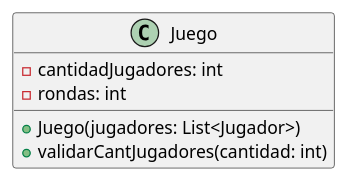
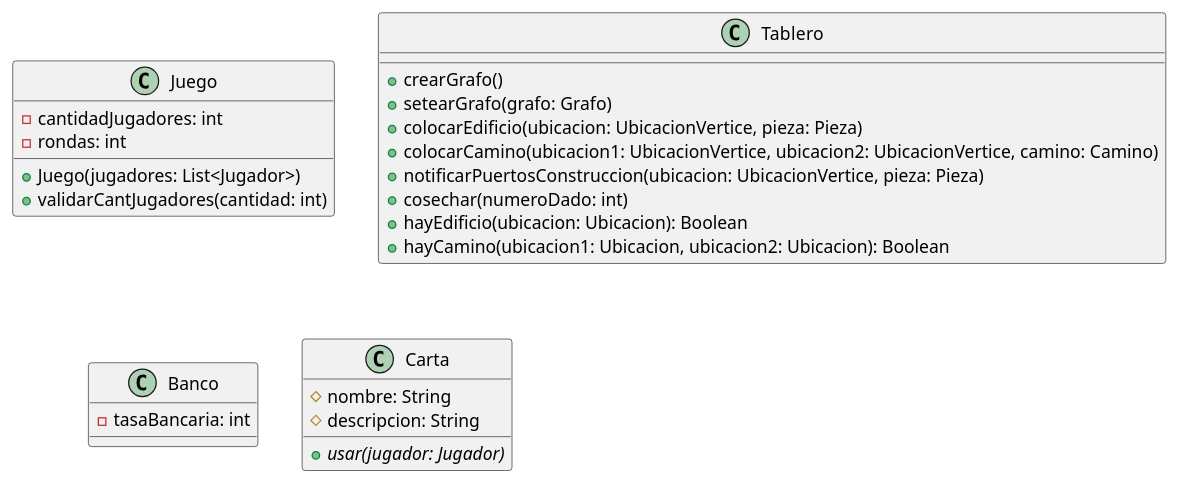
Before and after one commit to Daiana-Aldrey/g02-tp2-2c-2025: the diagram in diagramas/DiagramaDeClasesJuego.puml, drawn with PlantUML.

```diff
--- a/diagramas/DiagramaDeClasesJuego.puml
+++ b/diagramas/DiagramaDeClasesJuego.puml
@@ -1,9 +1,31 @@
 @startuml
 class Juego {
     -cantidadJugadores: int
     -rondas: int
     +Juego(jugadores: List<Jugador>)
     +validarCantJugadores(cantidad: int)
 }
 
+class Tablero {
+  +crearGrafo()
+  +setearGrafo(grafo: Grafo)
+  +colocarEdificio(ubicacion: UbicacionVertice, pieza: Pieza)
+  +colocarCamino(ubicacion1: UbicacionVertice, ubicacion2: UbicacionVertice, camino: Camino)
+  +notificarPuertosConstruccion(ubicacion: UbicacionVertice, pieza: Pieza)
+  +cosechar(numeroDado: int)
+  +hayEdificio(ubicacion: Ubicacion): Boolean
+  +hayCamino(ubicacion1: Ubicacion, ubicacion2: Ubicacion): Boolean
+}
+
+class Banco {
+   -tasaBancaria: int
+}
+
+class Carta {
+   #nombre: String
+   #descripcion: String
+   +{abstract}usar(jugador: Jugador)
+}
+
+
 @enduml
```
